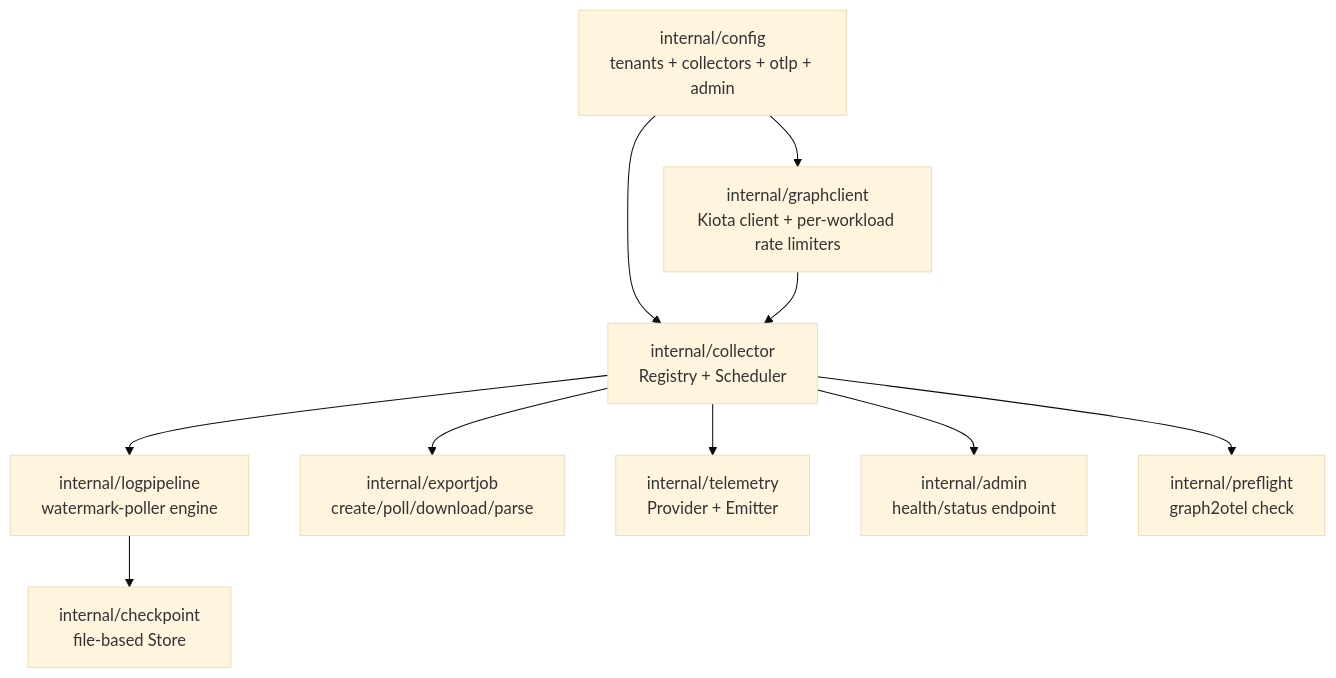
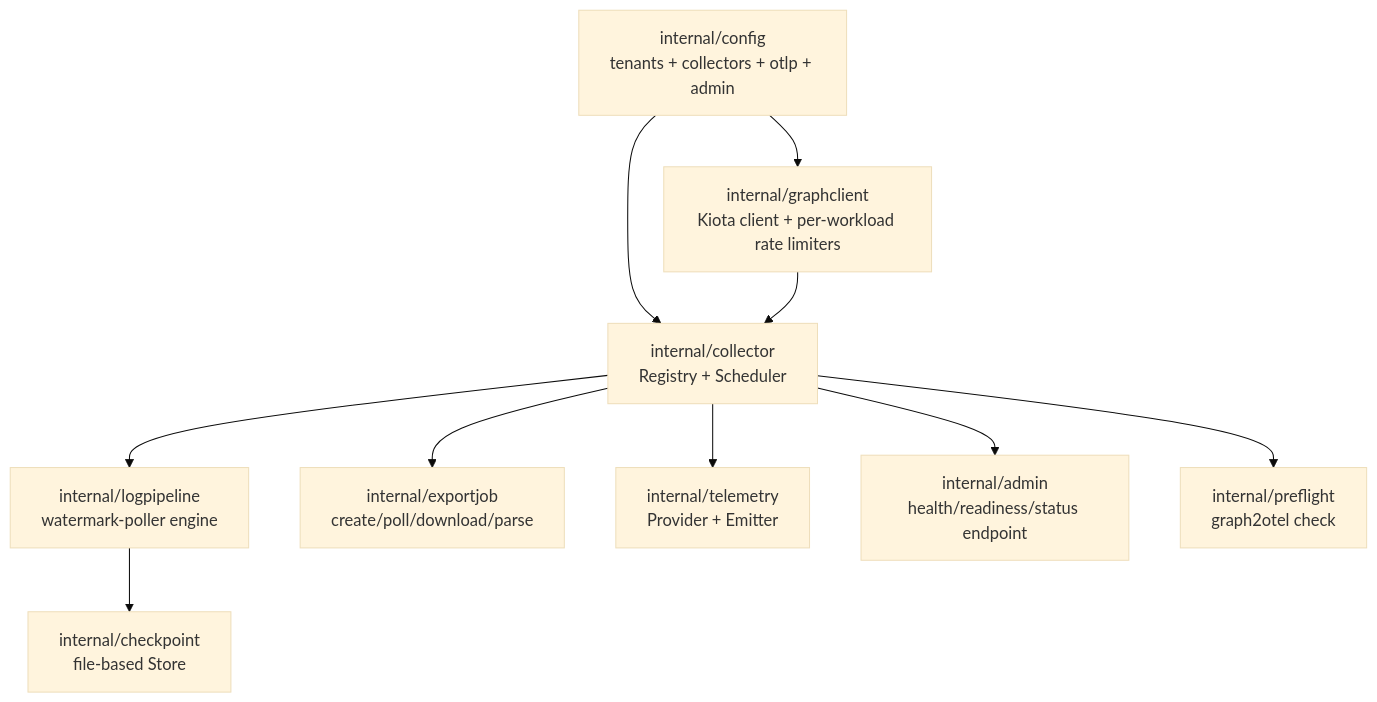
The diagram in docs/architecture.md (rknightion/graph2otel), drawn with Mermaid (base theme) before and after one commit. The commit also changed other lines of this file and 22 other files, not shown here.

````diff
--- a/docs/architecture.md
+++ b/docs/architecture.md
@@ -10,22 +10,22 @@
 ```mermaid
 flowchart TB
     cfg["internal/config<br/>tenants + collectors + otlp + admin"]
     gc["internal/graphclient<br/>Kiota client + per-workload rate limiters"]
     coll["internal/collector<br/>Registry + Scheduler"]
     lp["internal/logpipeline<br/>watermark-poller engine"]
     ej["internal/exportjob<br/>create/poll/download/parse"]
     ck["internal/checkpoint<br/>file-based Store"]
     tel["internal/telemetry<br/>Provider + Emitter"]
-    admin["internal/admin<br/>health/status endpoint"]
+    admin["internal/admin<br/>health/readiness/status endpoint"]
     preflight["internal/preflight<br/>graph2otel check"]
 
     cfg --> coll
     cfg --> gc
     gc --> coll
     coll --> lp
     coll --> ej
     lp --> ck
     coll --> tel
     coll --> admin
     coll --> preflight
 ```
````
